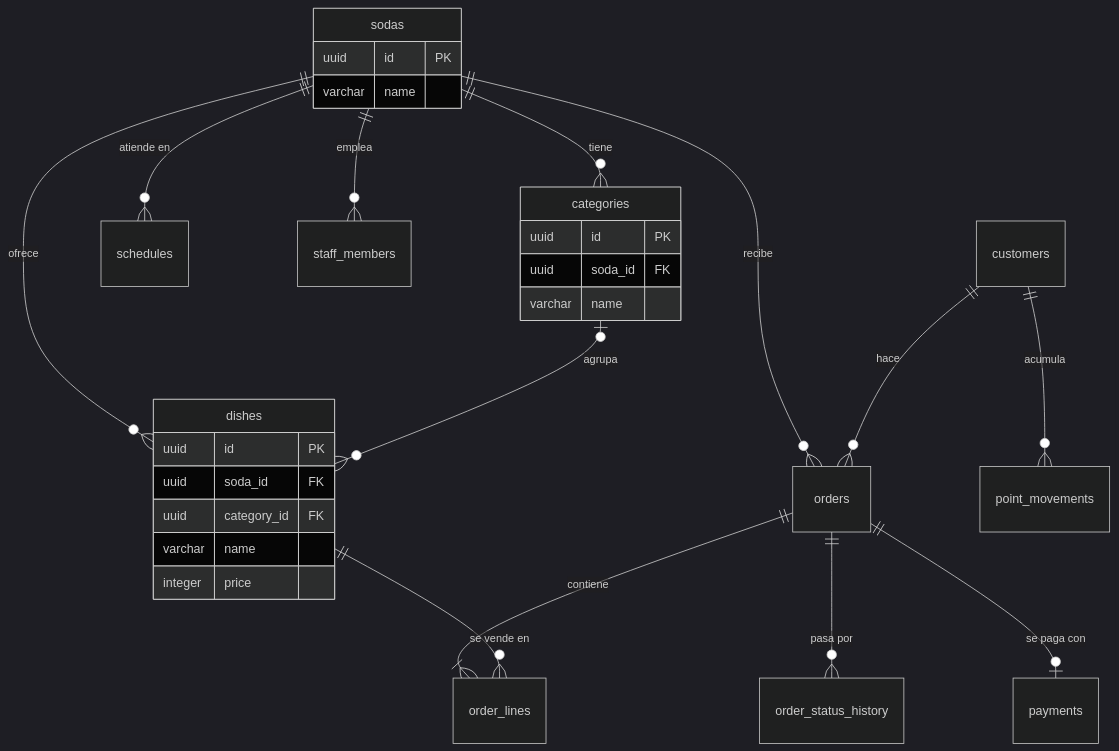
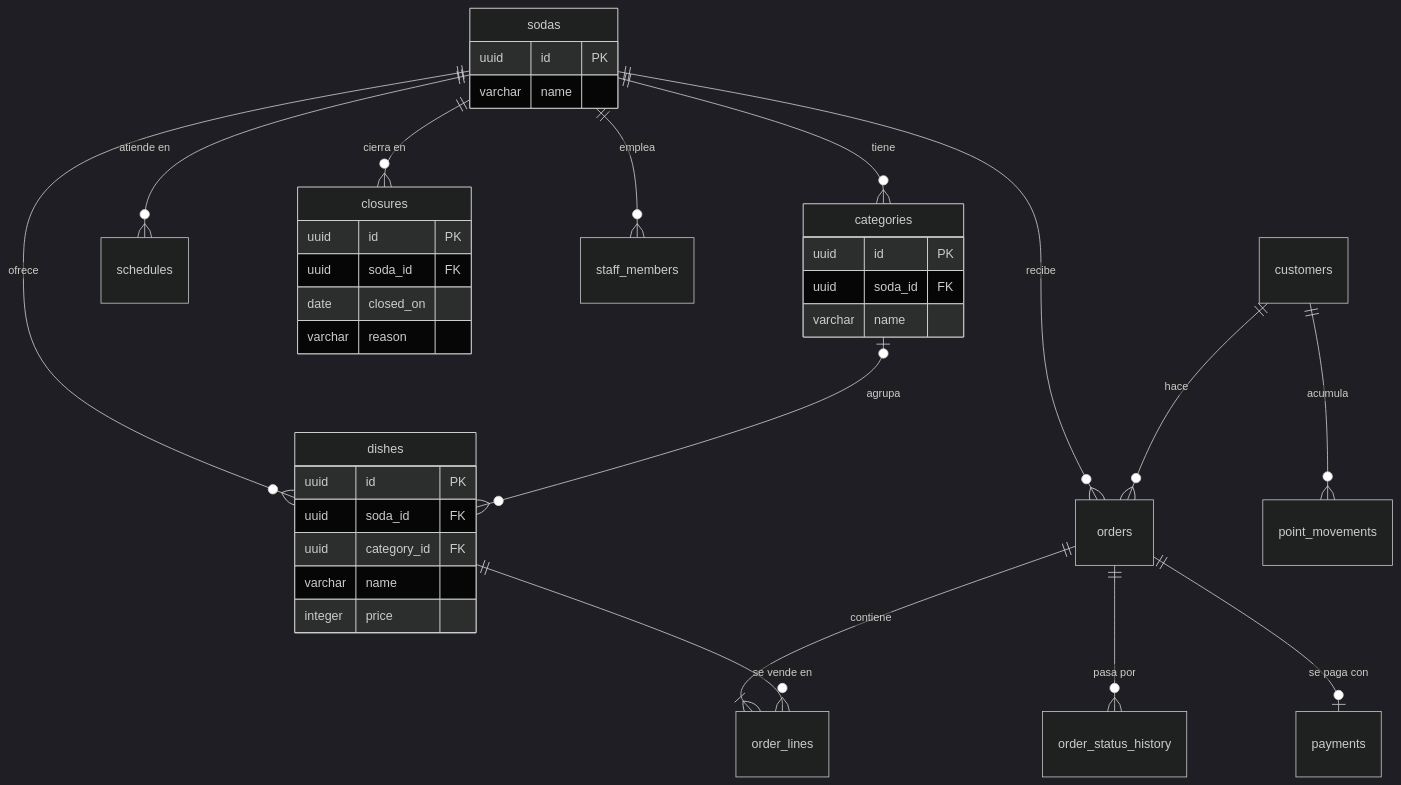
One commit to BryanChavesSalas/SodaYa-Hexagonal changed the diagram in docs/data-model.md. Above: the diagram before and after it, drawn with Mermaid (dark theme). The commit also changed other lines of this file and 2 other files, not shown here.

First line of the commit message:
feat: create the closures table

````diff
--- a/docs/data-model.md
+++ b/docs/data-model.md
@@ -9,32 +9,39 @@
 ```mermaid
 erDiagram
     sodas ||--o{ categories : "tiene"
     sodas ||--o{ dishes : "ofrece"
     categories |o--o{ dishes : "agrupa"
     sodas ||--o{ schedules : "atiende en"
+    sodas ||--o{ closures : "cierra en"
     sodas ||--o{ staff_members : "emplea"
     sodas ||--o{ orders : "recibe"
     customers ||--o{ orders : "hace"
     orders ||--|{ order_lines : "contiene"
     dishes ||--o{ order_lines : "se vende en"
     orders ||--o{ order_status_history : "pasa por"
     orders ||--o| payments : "se paga con"
     customers ||--o{ point_movements : "acumula"
 
     sodas {
         uuid id PK
         varchar name
     }
     categories {
         uuid id PK
         uuid soda_id FK
         varchar name
     }
     dishes {
         uuid id PK
         uuid soda_id FK
         uuid category_id FK
         varchar name
         integer price
     }
+    closures {
+        uuid id PK
+        uuid soda_id FK
+        date closed_on
+        varchar reason
+    }
 ```
````
